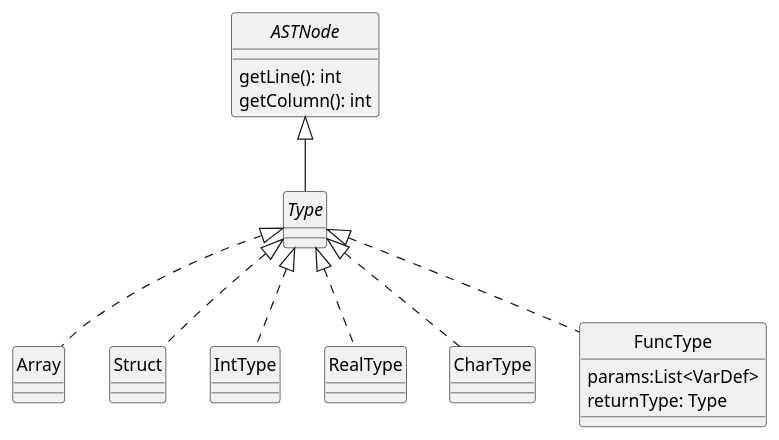
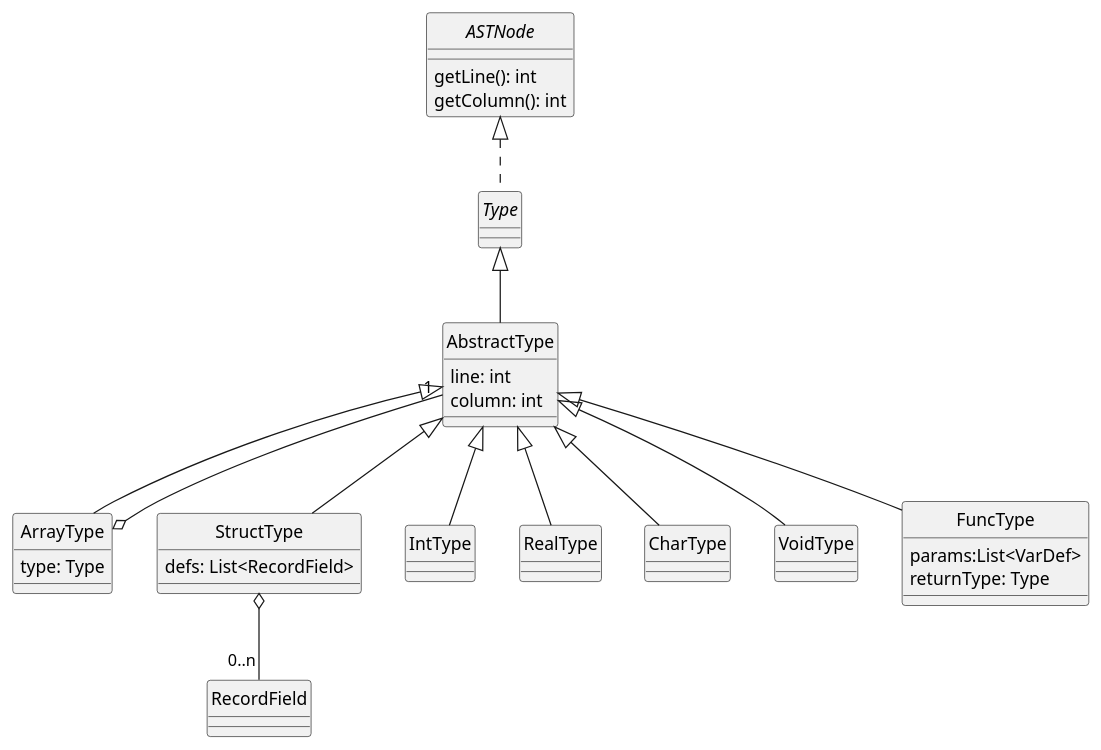
One commit to uo277516/dlp-compiler changed the diagram in docs/diagrams/types.plantuml. Above: the diagram before and after it, drawn with PlantUML. The commit also changed 38 other files, not shown here.

Commit message:
Diagramas actualizados

```diff
--- a/docs/diagrams/types.plantuml
+++ b/docs/diagrams/types.plantuml
@@ -1,36 +1,50 @@
 @startuml Types
 skinparam style strictuml
 skinparam monochrome true
 
 interface ASTNode {
     getLine(): int
     getColumn(): int
 }
 
 interface Type
 
-ASTNode <|-- Type
+class AbstractType {
+    line: int
+    column: int
+}
 
-class Array
-class Struct
+ASTNode <|.. Type
+
+ArrayType o-- "1" AbstractType
+StructType o-- "0..n" RecordField
+
+class ArrayType {
+    type: Type
+}
+class StructType {
+    defs: List<RecordField>
+}
 
 class IntType
 class RealType
 class CharType
-
+class VoidType
 class FuncType {
     params:List<VarDef>
     returnType: Type
 }
 
-Type <|.. FuncType
+Type <|-- AbstractType
 
-Type <|.. Array
-Type <|.. Struct
+AbstractType <|-- ArrayType
+AbstractType <|-- StructType
+AbstractType <|-- FuncType
 
-Type <|.. IntType
-Type <|.. RealType
-Type <|.. CharType
+AbstractType <|-- IntType
+AbstractType <|-- RealType
+AbstractType <|-- CharType
+AbstractType <|-- VoidType
 
 
 @enduml
```
